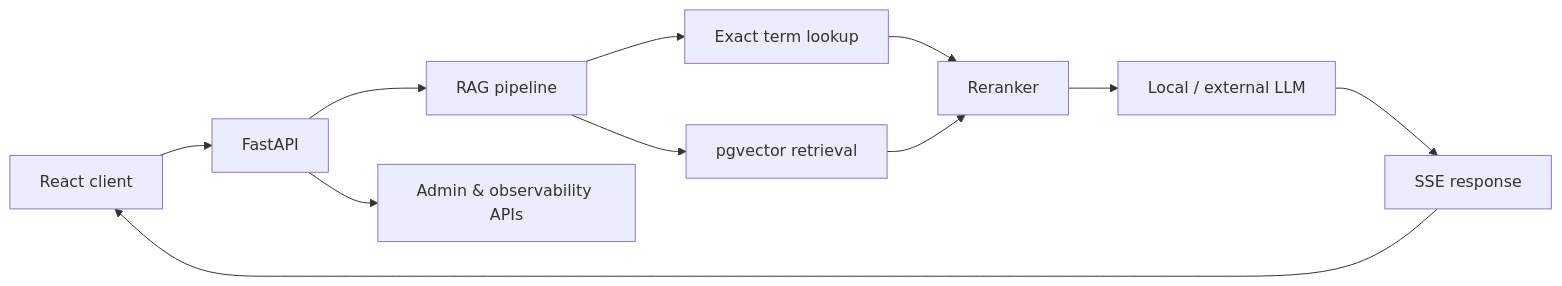
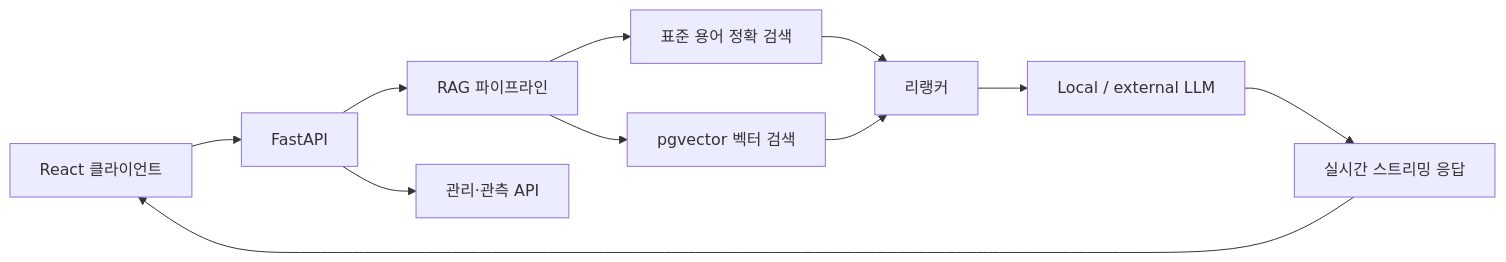
One commit to sunwoo8478/korean-chatbot changed the diagram in README.md. Above: the diagram before and after it, drawn with Mermaid. The commit also changed other lines of this file, not shown here.

````diff
--- a/README.md
+++ b/README.md
@@ -23,13 +23,13 @@
 ```mermaid
 flowchart LR
-    UI[React client] --> API[FastAPI]
-    API --> PIPE[RAG pipeline]
-    PIPE --> EXACT[Exact term lookup]
-    PIPE --> VECTOR[pgvector retrieval]
-    EXACT --> RERANK[Reranker]
+    UI[React 클라이언트] --> API[FastAPI]
+    API --> PIPE[RAG 파이프라인]
+    PIPE --> EXACT[표준 용어 정확 검색]
+    PIPE --> VECTOR[pgvector 벡터 검색]
+    EXACT --> RERANK[리랭커]
     VECTOR --> RERANK
     RERANK --> LLM[Local / external LLM]
     LLM --> STREAM[SSE response]
-    STREAM --> UI
-    API --> ADMIN[Admin & observability APIs]
+    STREAM[실시간 스트리밍 응답] --> UI
+    API --> ADMIN[관리·관측 API]
 ```
````
